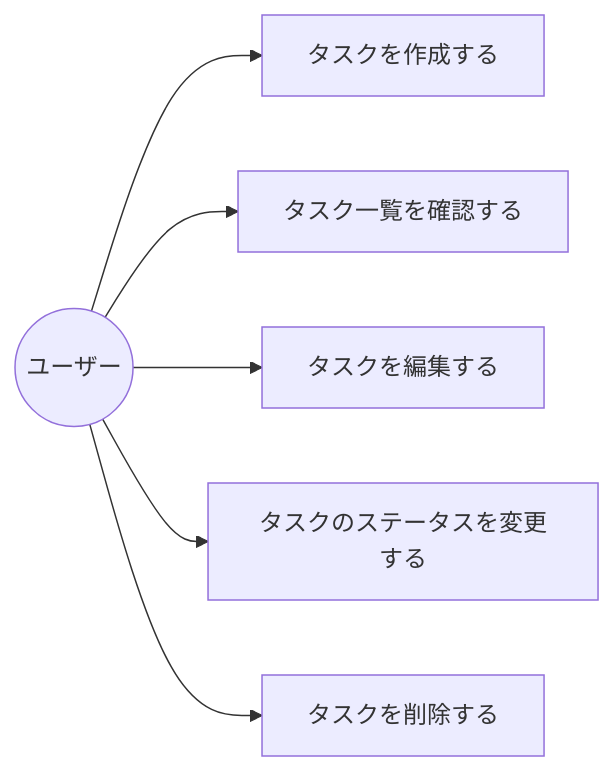
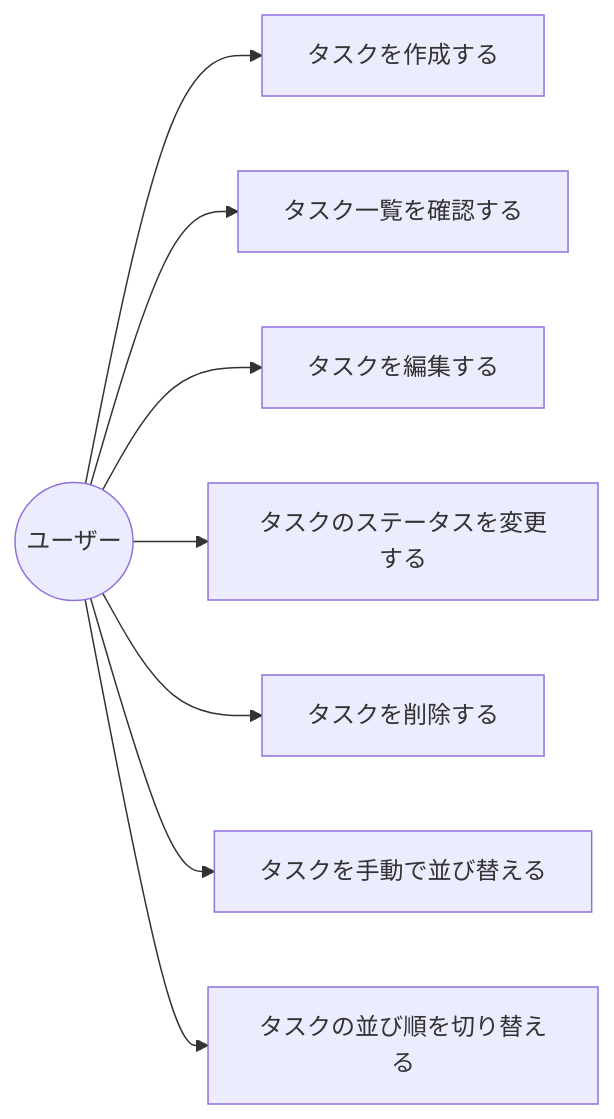
Before and after one commit to shirotechs/taskmanagement: the diagram in docs/requirements.md, drawn with Mermaid. The commit also changed other lines of this file, not shown here.

````diff
--- a/docs/requirements.md
+++ b/docs/requirements.md
@@ -51,9 +55,11 @@
 ```mermaid
 graph LR
     User((ユーザー))
     User --> UC01[タスクを作成する]
     User --> UC02[タスク一覧を確認する]
     User --> UC03[タスクを編集する]
     User --> UC04[タスクのステータスを変更する]
     User --> UC05[タスクを削除する]
+    User --> UC06[タスクを手動で並び替える]
+    User --> UC07[タスクの並び順を切り替える]
 ```
````
